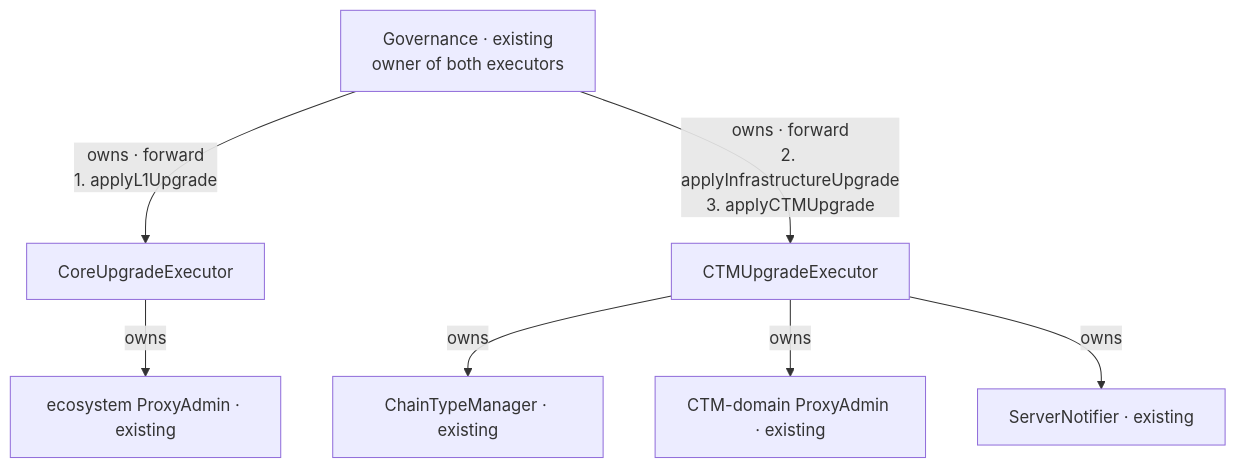
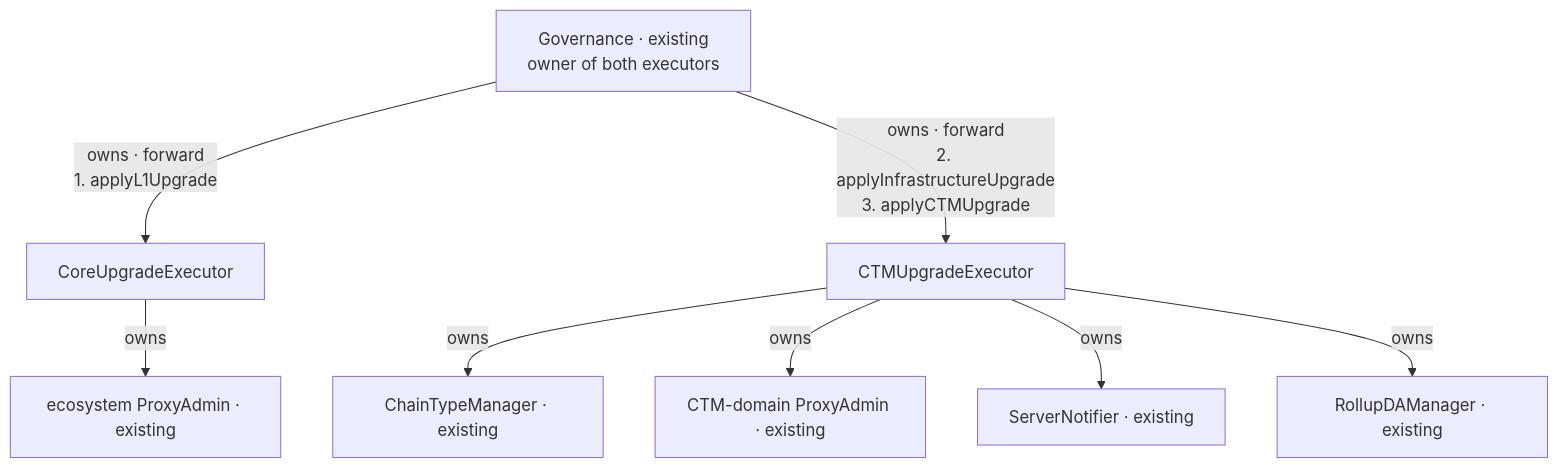
The eighth of 9 diagrams in docs/registry-driven-upgrades.md (matter-labs/era-contracts), drawn with Mermaid before and after one commit. The commit also changed other lines of this file and 46 other files, not shown here.

````diff
--- a/docs/registry-driven-upgrades.md
+++ b/docs/registry-driven-upgrades.md
@@ -383,17 +411,18 @@
 ```mermaid
 flowchart TB
     GOV["Governance · existing<br/>owner of both executors"]
     CO["CoreUpgradeExecutor"]
     CE["CTMUpgradeExecutor"]
     PA["ecosystem ProxyAdmin · existing"]
     CPA["CTM-domain ProxyAdmin · existing"]
     CTM["ChainTypeManager · existing"]
     NOTIFIER["ServerNotifier · existing"]
 
     GOV -->|"owns · forward<br/>1. applyL1Upgrade"| CO
     GOV -->|"owns · forward<br/>2. applyInfrastructureUpgrade<br/>3. applyCTMUpgrade"| CE
     CO -->|"owns"| PA
     CE -->|"owns"| CTM
     CE -->|"owns"| CPA
     CE -->|"owns"| NOTIFIER
+    CE -->|"owns"| RDM["RollupDAManager · existing"]
 ```
````
